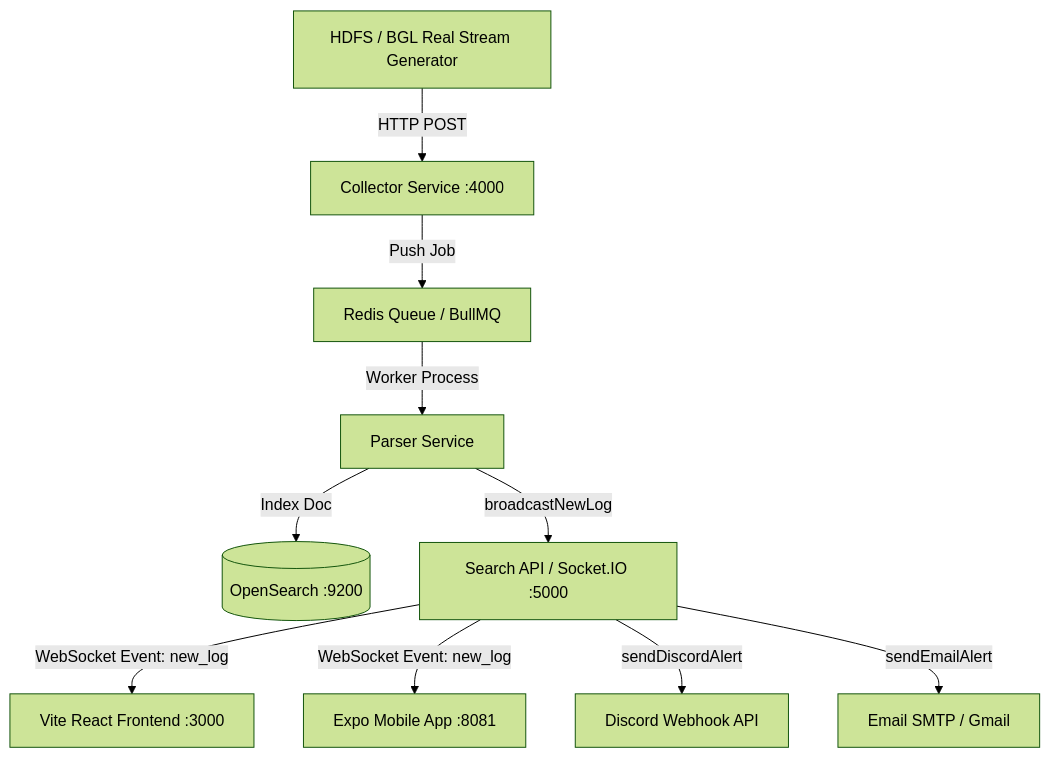
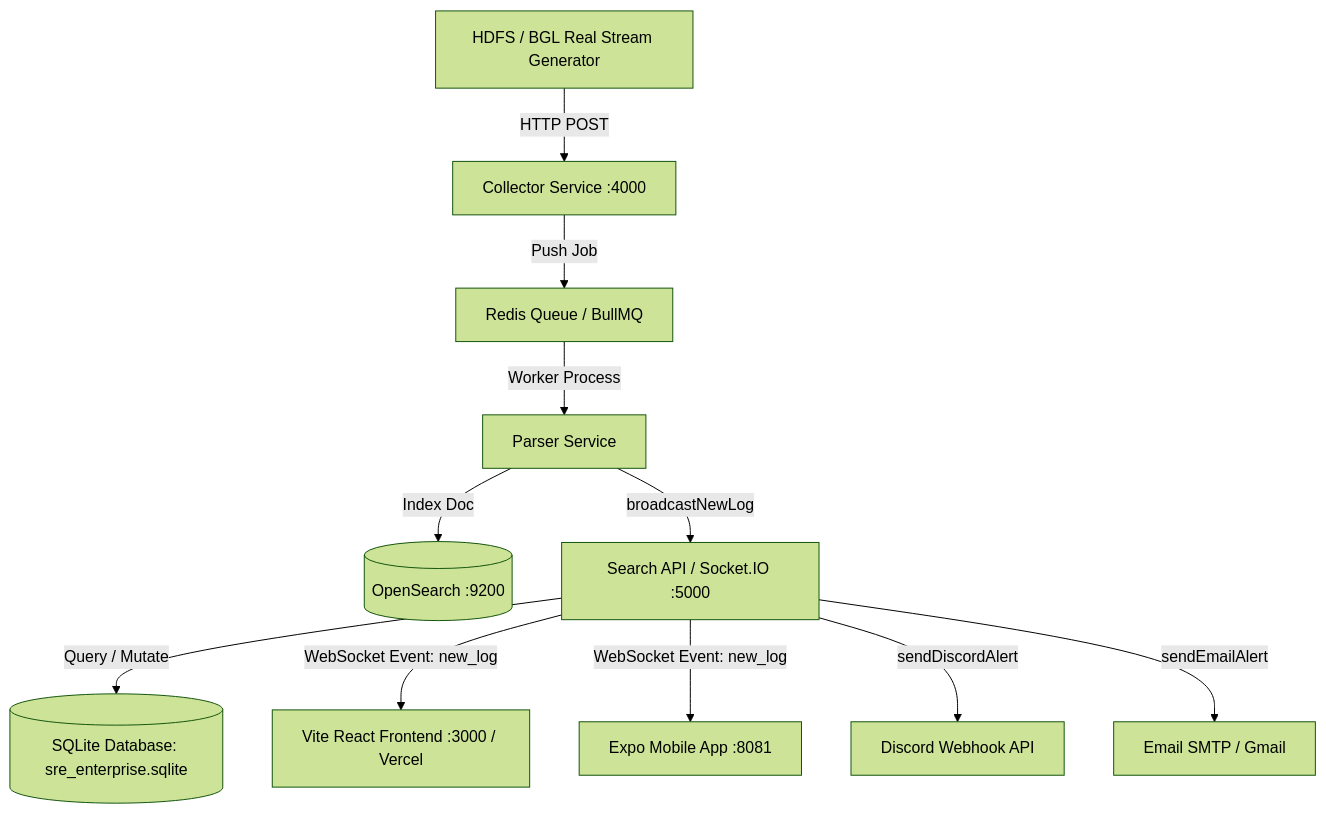
Before and after one commit to phucbk29042004/DATN: the diagram in kientruchethong.md, drawn with Mermaid (forest theme). The commit also changed other lines of this file and 48 other files, not shown here.

````diff
--- a/kientruchethong.md
+++ b/kientruchethong.md
@@ -5,12 +5,13 @@
 ```mermaid
 graph TD
     A[HDFS / BGL Real Stream Generator] -->|HTTP POST| B[Collector Service :4000]
     B -->|Push Job| C[Redis Queue / BullMQ]
     C -->|Worker Process| D[Parser Service]
     D -->|Index Doc| E[(OpenSearch :9200)]
     D -->|broadcastNewLog| F[Search API / Socket.IO :5000]
-    F -->|WebSocket Event: new_log| G[Vite React Frontend :3000]
+    F -->|Query / Mutate| K[(SQLite Database: sre_enterprise.sqlite)]
+    F -->|WebSocket Event: new_log| G[Vite React Frontend :3000 / Vercel]
     F -->|WebSocket Event: new_log| J[Expo Mobile App :8081]
     F -->|sendDiscordAlert| H[Discord Webhook API]
     F -->|sendEmailAlert| I[Email SMTP / Gmail]
 ```
````
